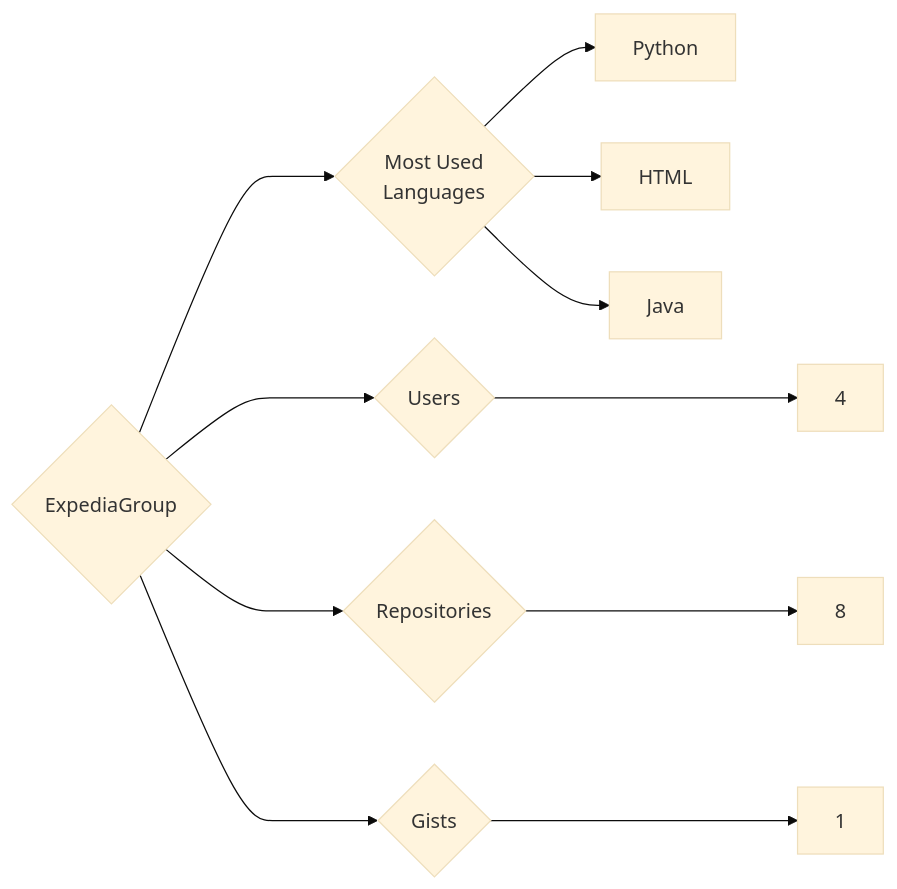
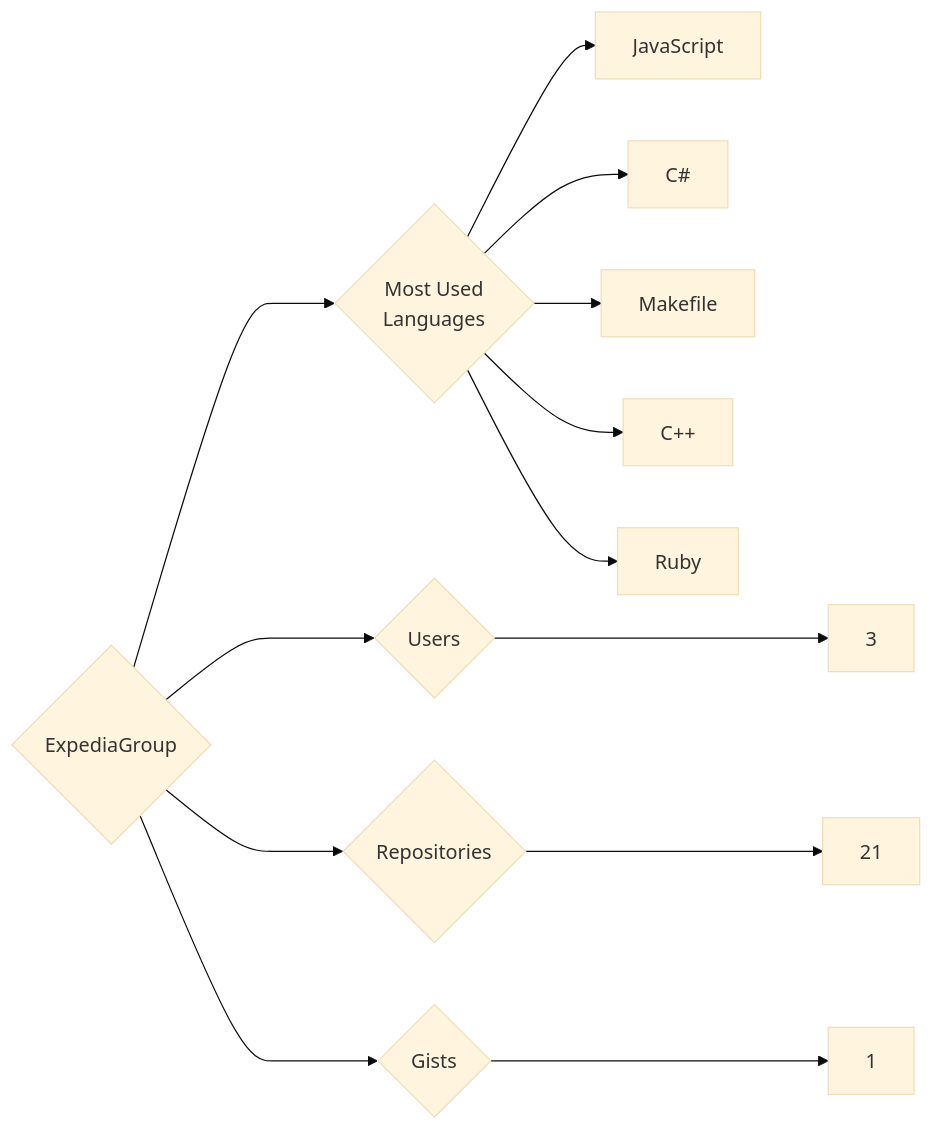
The diagram in targets/ExpediaGroup/README.md (trickest/insiders), drawn with Mermaid (base theme) before and after one commit. The commit also changed 933 other files, not shown here.

````diff
--- a/targets/ExpediaGroup/README.md
+++ b/targets/ExpediaGroup/README.md
@@ -3,11 +3,13 @@
 ```mermaid
 graph LR
 COMPANY_NAME{ExpediaGroup}
-COMPANY_NAME ---> U{Users} ---> UN[4]
-COMPANY_NAME ---> R{Repositories} ---> RN[8]
+COMPANY_NAME ---> U{Users} ---> UN[3]
+COMPANY_NAME ---> R{Repositories} ---> RN[21]
 COMPANY_NAME ---> G{Gists} ---> GN[1]
 COMPANY_NAME ---> ML{Most Used<br>Languages}
-ML --> Python[Python]
-ML --> HTML[HTML]
-ML --> Java[Java]
+ML --> JavaScript[JavaScript]
+ML --> C#[C#]
+ML --> Makefile[Makefile]
+ML --> C++[C++]
+ML --> Ruby[Ruby]
 ```
````
